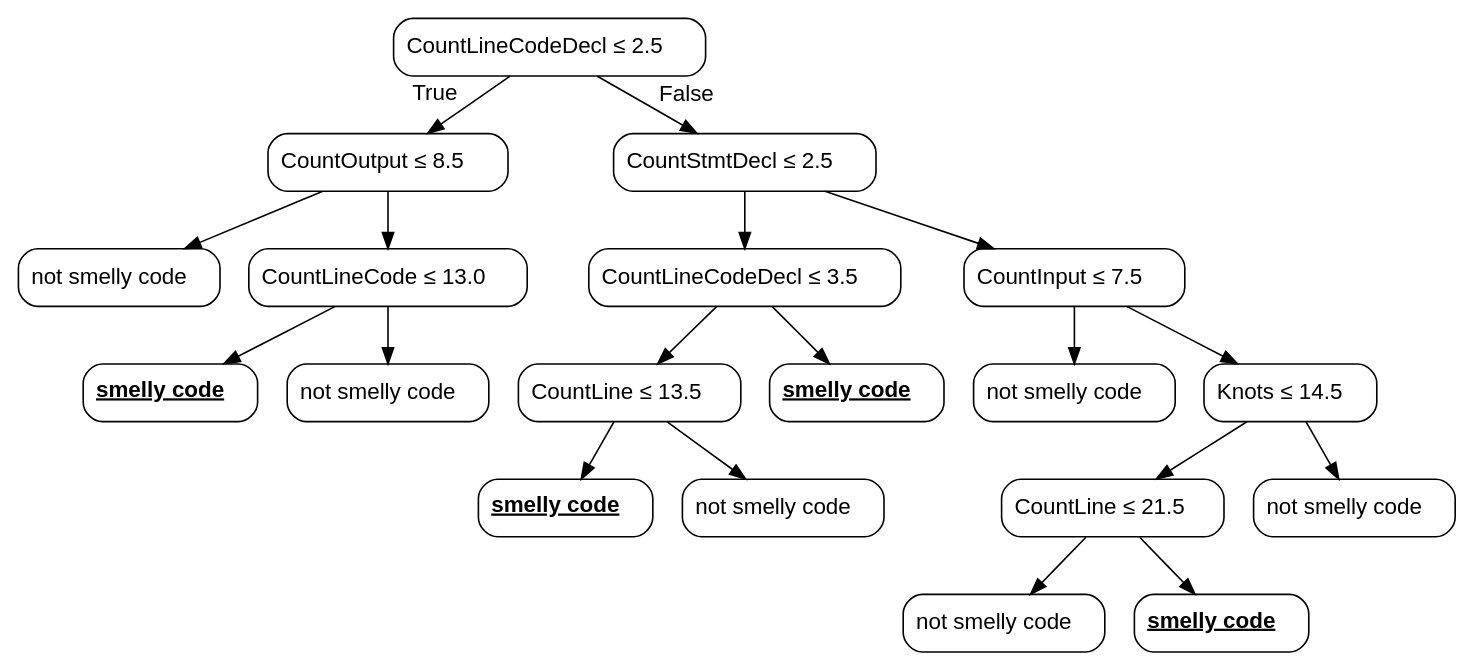
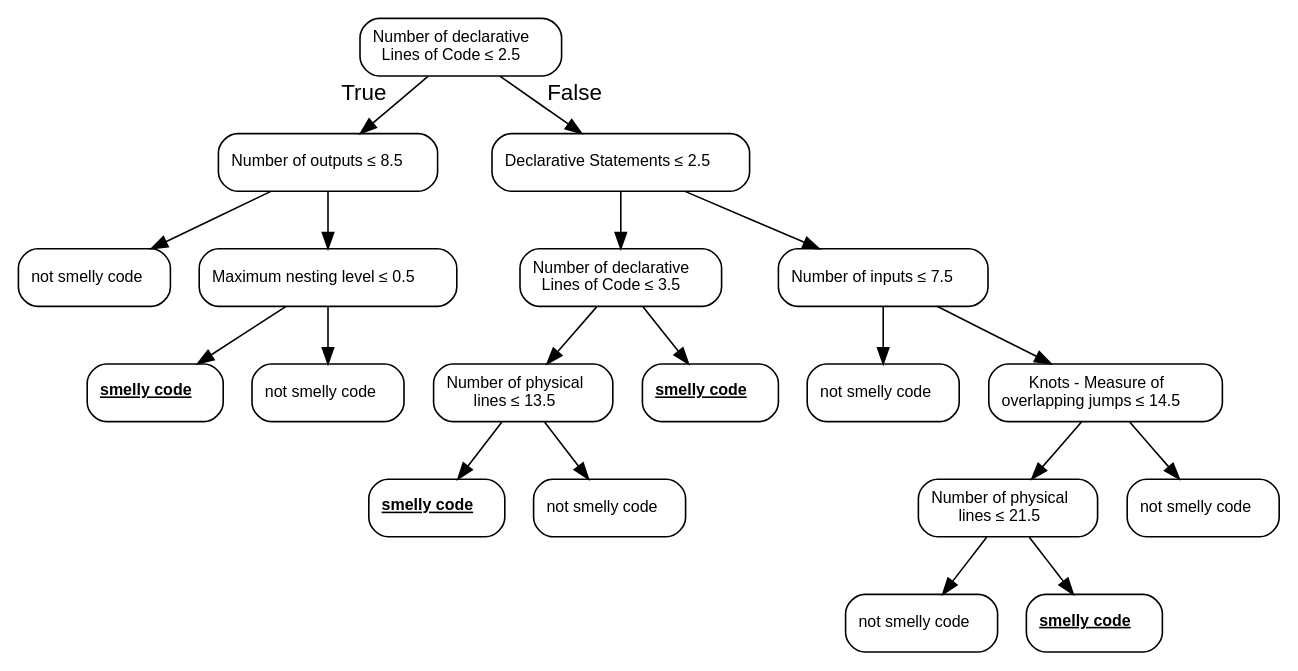
The diagram in artefatos/models/dt/lpl/dot/10.dot (christianorossini/masterProject), drawn with Graphviz before and after one commit. The commit also changed 19 other files, not shown here.

```diff
--- a/artefatos/models/dt/lpl/dot/10.dot
+++ b/artefatos/models/dt/lpl/dot/10.dot
@@ -1,41 +1,41 @@
 digraph Tree {
-node [color="black", fontname=helvetica, shape=box, style="rounded"];
+node [color="black", fontname=helvetica, shape=box, style="rounded", width=0.5, fontsize=10];
 edge [fontname=helvetica];
-0 [label=<CountLineCodeDecl &le; 2.5>];
-1 [label=<CountOutput &le; 8.5>];
+0 [label=<Number of declarative<br/> Lines of Code &le; 2.5>];
+1 [label=<Number of outputs &le; 8.5>];
 0 -> 1  [headlabel="True", labelangle=45, labeldistance="2.5"];
 13 [label=<not smelly code>];
 1 -> 13;
-14 [label=<CountLineCode &le; 13.0>];
+14 [label=<Maximum nesting level &le; 0.5>];
 1 -> 14;
 15 [label=<<u><b>smelly code</b></u>>];
 14 -> 15;
 16 [label=<not smelly code>];
 14 -> 16;
-2 [label=<CountStmtDecl &le; 2.5>];
+2 [label=<Declarative Statements &le; 2.5>];
 0 -> 2  [headlabel="False", labelangle="-45", labeldistance="2.5"];
-3 [label=<CountLineCodeDecl &le; 3.5>];
+3 [label=<Number of declarative<br/> Lines of Code &le; 3.5>];
 2 -> 3;
-7 [label=<CountLine &le; 13.5>];
+7 [label=<Number of physical<br/> lines &le; 13.5>];
 3 -> 7;
 9 [label=<<u><b>smelly code</b></u>>];
 7 -> 9;
 10 [label=<not smelly code>];
 7 -> 10;
 8 [label=<<u><b>smelly code</b></u>>];
 3 -> 8;
-4 [label=<CountInput &le; 7.5>];
+4 [label=<Number of inputs &le; 7.5>];
 2 -> 4;
 5 [label=<not smelly code>];
 4 -> 5;
-6 [label=<Knots &le; 14.5>];
+6 [label=<Knots - Measure of <br/> overlapping jumps &le; 14.5>];
 4 -> 6;
-11 [label=<CountLine &le; 21.5>];
+11 [label=<Number of physical<br/> lines &le; 21.5>];
 6 -> 11;
 17 [label=<not smelly code>];
 11 -> 17;
 18 [label=<<u><b>smelly code</b></u>>];
 11 -> 18;
 12 [label=<not smelly code>];
 6 -> 12;
 }
```
